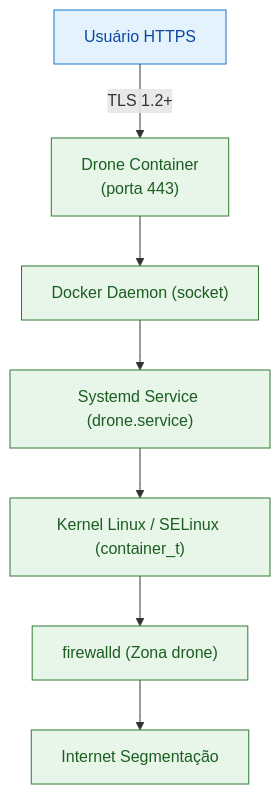
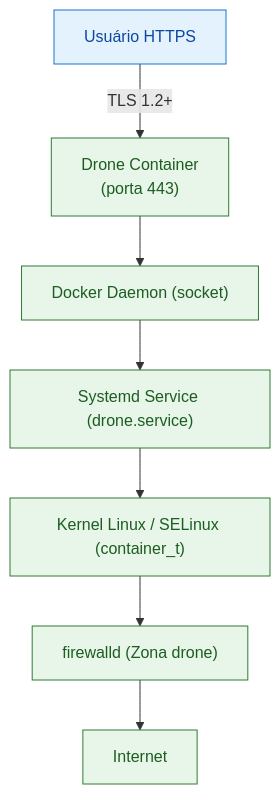
The first of 2 diagrams in README.md (0xttfx/droneci), drawn with Mermaid before and after one commit. The commit also changed other lines of this file, not shown here.

````diff
--- a/README.md
+++ b/README.md
@@ -33,14 +24,14 @@
 ```mermaid
 graph TD
     A[Usuário HTTPS] -->|TLS 1.2+| B["Drone Container<br>(porta 443)"]
     B --> C["Docker Daemon (socket)"]
     C --> D["Systemd Service (drone.service)"]
     D --> E["Kernel Linux / SELinux (container_t)"]
     E --> F["firewalld (Zona drone)"]
-    F --> G[Internet Segmentação]
+    F --> G[Internet]
 
     classDef external fill:#E3F2FD,stroke:#1976D2,color:#0D47A1;
     classDef internal fill:#E8F5E9,stroke:#2E7D32,color:#1B5E20;
     class A external;
     class B,C,D,E,F,G internal;
 ```
````
